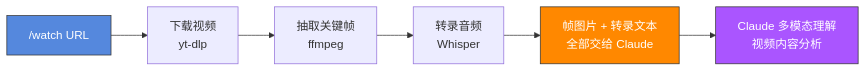
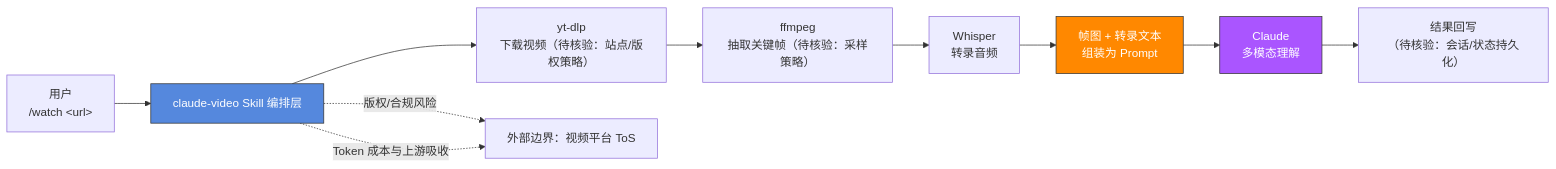
Before and after one commit to aiutil/github-researcher: the diagram in projects/claude-video.md, drawn with Mermaid. The commit also changed other lines of this file and 939 other files, not shown here.

Commit message:
feat: add architect briefs and Mermaid project maps

````diff
--- a/projects/claude-video.md
+++ b/projects/claude-video.md
@@ -38,12 +51,15 @@
 ```mermaid
 flowchart LR
-    A["/watch URL"] --> B[下载视频<br/>yt-dlp]
-    B --> C[抽取关键帧<br/>ffmpeg]
-    C --> D[转录音频<br/>Whisper]
-    D --> E[帧图片 + 转录文本<br/>全部交给 Claude]
-    E --> F[Claude 多模态理解<br/>视频内容分析]
-    
-    style A fill:#58d,stroke:#333,color:#fff
-    style E fill:#f80,stroke:#333,color:#fff
-    style F fill:#a5f,stroke:#333,color:#fff
+  U["用户<br/>/watch &lt;url&gt;"] --> S["claude-video Skill 编排层"]
+  S --> Y["yt-dlp<br/>下载视频（待核验：站点/版权策略）"]
+  Y --> F["ffmpeg<br/>抽取关键帧（待核验：采样策略）"]
+  F --> A["Whisper<br/>转录音频"]
+  A --> P["帧图 + 转录文本<br/>组装为 Prompt"]
+  P --> C["Claude<br/>多模态理解"]
+  C --> R["结果回写<br/>（待核验：会话/状态持久化）"]
+  S -.版权/合规风险.-> X["外部边界：视频平台 ToS"]
+  S -.Token 成本与上游吸收.-> X
+  style S fill:#58d,stroke:#333,color:#fff
+  style C fill:#a5f,stroke:#333,color:#fff
+  style P fill:#f80,stroke:#333,color:#fff
 ```
````
